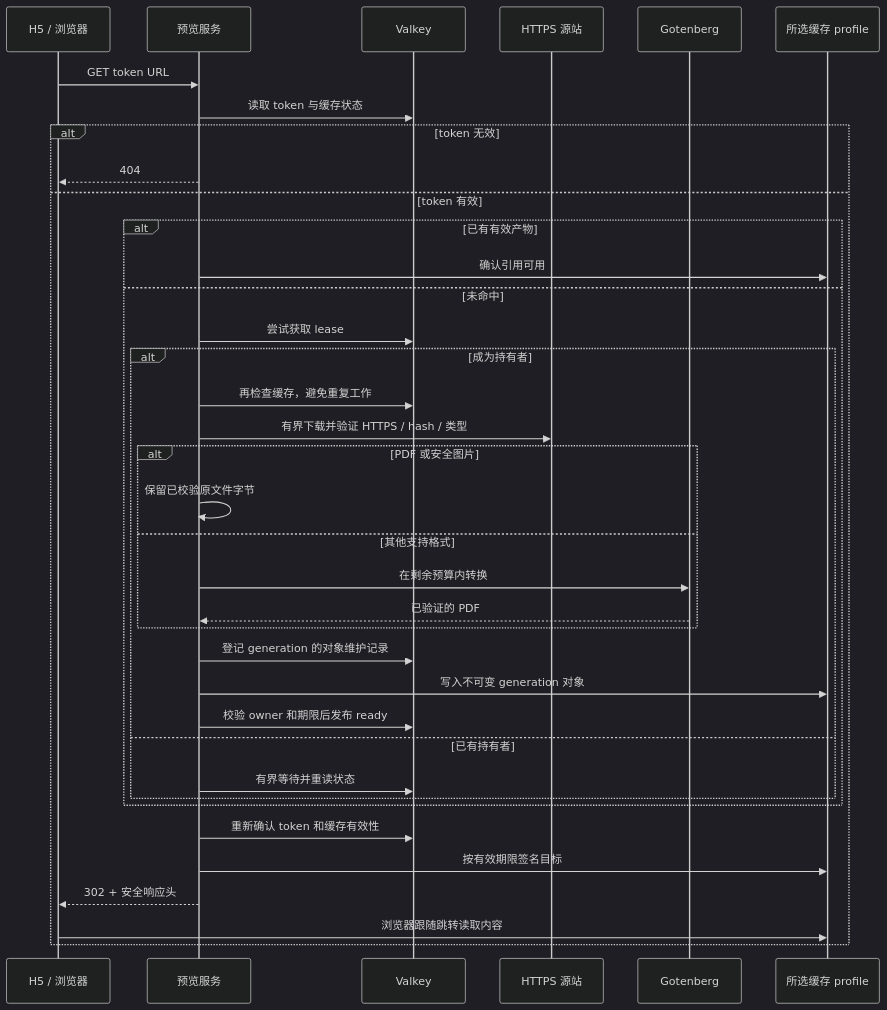
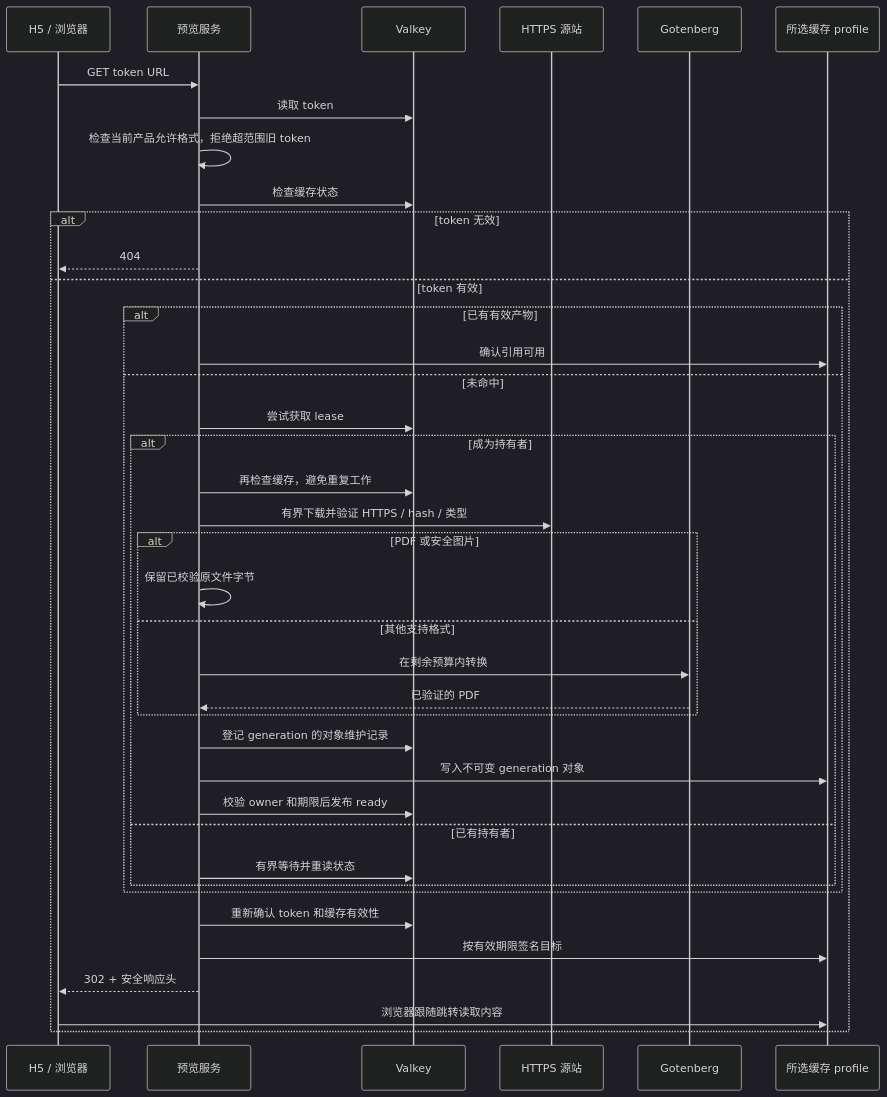
Before and after one commit to ilovintit/file-preview-server: the second of 2 diagrams in docs/architecture/runtime.md, drawn with Mermaid (dark theme). The commit also changed other lines of this file and 19 other files, not shown here.

````diff
--- a/docs/architecture/runtime.md
+++ b/docs/architecture/runtime.md
@@ -32,39 +32,41 @@
 ```mermaid
 sequenceDiagram
     participant C as H5 / 浏览器
     participant A as 预览服务
     participant V as Valkey
     participant S as HTTPS 源站
     participant G as Gotenberg
     participant O as 所选缓存 profile
     C->>A: GET token URL
-    A->>V: 读取 token 与缓存状态
+    A->>V: 读取 token
+    A->>A: 检查当前产品允许格式，拒绝超范围旧 token
+    A->>V: 检查缓存状态
     alt token 无效
         A-->>C: 404
     else token 有效
         alt 已有有效产物
             A->>O: 确认引用可用
         else 未命中
             A->>V: 尝试获取 lease
             alt 成为持有者
                 A->>V: 再检查缓存，避免重复工作
                 A->>S: 有界下载并验证 HTTPS / hash / 类型
                 alt PDF 或安全图片
                     A->>A: 保留已校验原文件字节
                 else 其他支持格式
                     A->>G: 在剩余预算内转换
                     G-->>A: 已验证的 PDF
                 end
                 A->>V: 登记 generation 的对象维护记录
                 A->>O: 写入不可变 generation 对象
                 A->>V: 校验 owner 和期限后发布 ready
             else 已有持有者
                 A->>V: 有界等待并重读状态
             end
         end
         A->>V: 重新确认 token 和缓存有效性
         A->>O: 按有效期限签名目标
         A-->>C: 302 + 安全响应头
         C->>O: 浏览器跟随跳转读取内容
     end
 ```
````
